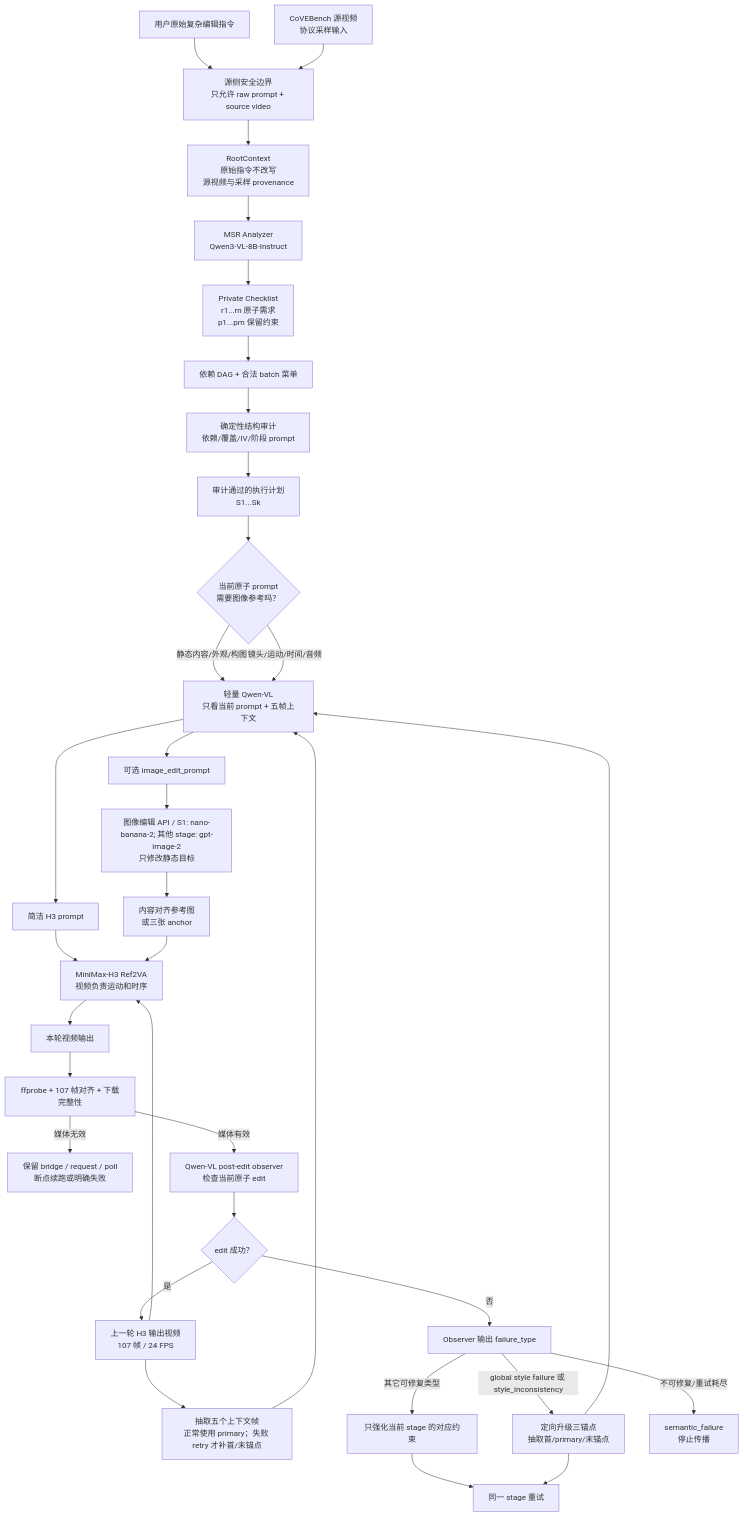
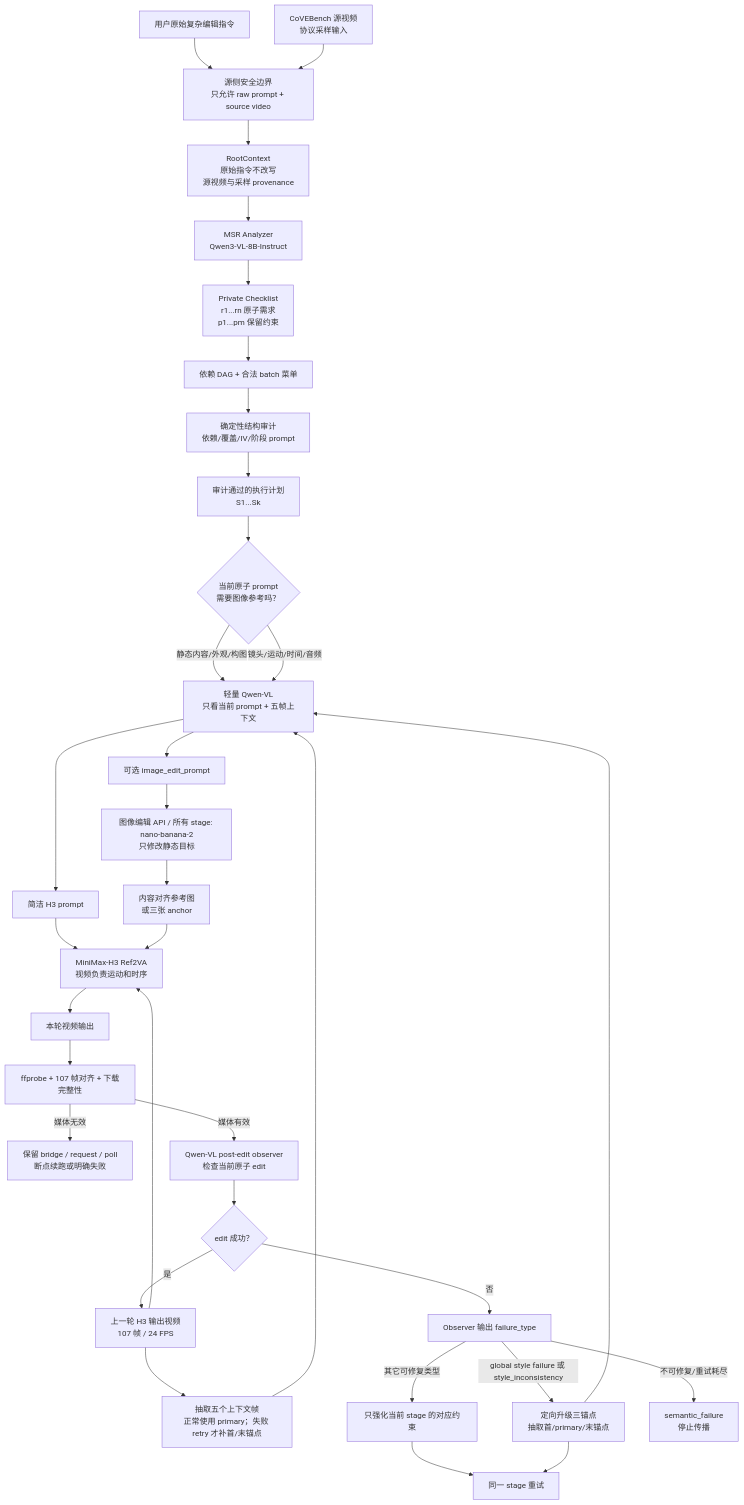
The first of 2 diagrams in docs/MSR_H3_MULTI_STEP_AGENT_PIPELINE_CN.md (lyra-planet/Pipline), drawn with Mermaid before and after one commit. The commit also changed other lines of this file and 3 other files, not shown here.

Commit message:
fix: use nano-banana-2 for every image edit stage

````diff
--- a/docs/MSR_H3_MULTI_STEP_AGENT_PIPELINE_CN.md
+++ b/docs/MSR_H3_MULTI_STEP_AGENT_PIPELINE_CN.md
@@ -31,43 +31,43 @@
 ```mermaid
 flowchart TD
     U[用户原始复杂编辑指令]
     SV[CoVEBench 源视频<br/>协议采样输入]
     SAFE[源侧安全边界<br/>只允许 raw prompt + source video]
 
     U --> SAFE
     SV --> SAFE
 
     SAFE --> ROOT[RootContext<br/>原始指令不改写<br/>源视频与采样 provenance]
     ROOT --> ANA[MSR Analyzer<br/>Qwen3-VL-8B-Instruct]
     ANA --> CHECK[Private Checklist<br/>r1...rn 原子需求<br/>p1...pm 保留约束]
     CHECK --> DAG[依赖 DAG + 合法 batch 菜单]
     DAG --> AUDIT[确定性结构审计<br/>依赖/覆盖/IV/阶段 prompt]
     AUDIT --> PLAN[审计通过的执行计划<br/>S1...Sk]
 
     PLAN --> DECIDE{当前原子 prompt<br/>需要图像参考吗？}
     PREV[上一轮 H3 输出视频<br/>107 帧 / 24 FPS] --> KF[抽取五个上下文帧<br/>正常使用 primary；失败 retry 才补首/末锚点]
     DECIDE -->|静态内容/外观/构图| QWEN[轻量 Qwen-VL<br/>只看当前 prompt + 五帧上下文]
     DECIDE -->|镜头/运动/时间/音频| QWEN
     KF --> QWEN
     QWEN --> HP[简洁 H3 prompt]
     QWEN --> IP[可选 image_edit_prompt]
-    IP --> IMG[图像编辑 API / S1: nano-banana-2; 其他 stage: gpt-image-2<br/>只修改静态目标]
+    IP --> IMG[图像编辑 API / 所有 stage: nano-banana-2<br/>只修改静态目标]
     IMG --> PIC[内容对齐参考图<br/><Picture 1> 或三张 anchor]
 
     PREV --> H3[MiniMax-H3 Ref2VA<br/>视频负责运动和时序]
     HP --> H3
     PIC --> H3
     H3 --> OUT[本轮视频输出]
     OUT --> VALID[ffprobe + 107 帧对齐 + 下载完整性]
     VALID -->|媒体无效| RESUME[保留 bridge / request / poll<br/>断点续跑或明确失败]
     VALID -->|媒体有效| OBS[Qwen-VL post-edit observer<br/>检查当前原子 edit]
     OBS --> PASS{edit 成功？}
     PASS -->|是| PREV
     PASS -->|否| DIAG[Observer 输出 failure_type]
     DIAG -->|global style failure 或 style_inconsistency| ESC[定向升级三锚点<br/>抽取首/primary/末锚点]
     DIAG -->|其它可修复类型| REPAIR[只强化当前 stage 的对应约束]
     DIAG -->|不可修复/重试耗尽| STOP[semantic_failure<br/>停止传播]
     REPAIR --> RETRY[同一 stage 重试]
     ESC --> RETRY
     ESC --> QWEN
 ```
````
